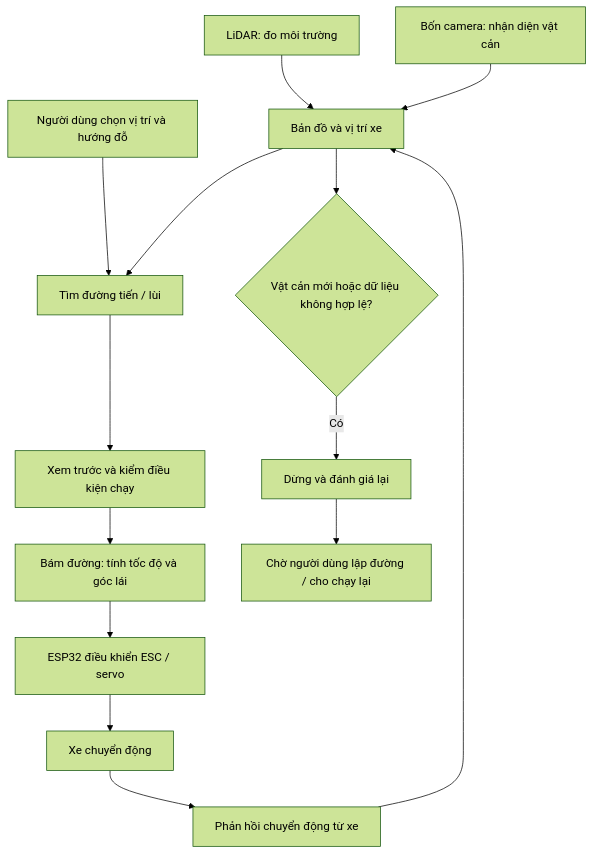
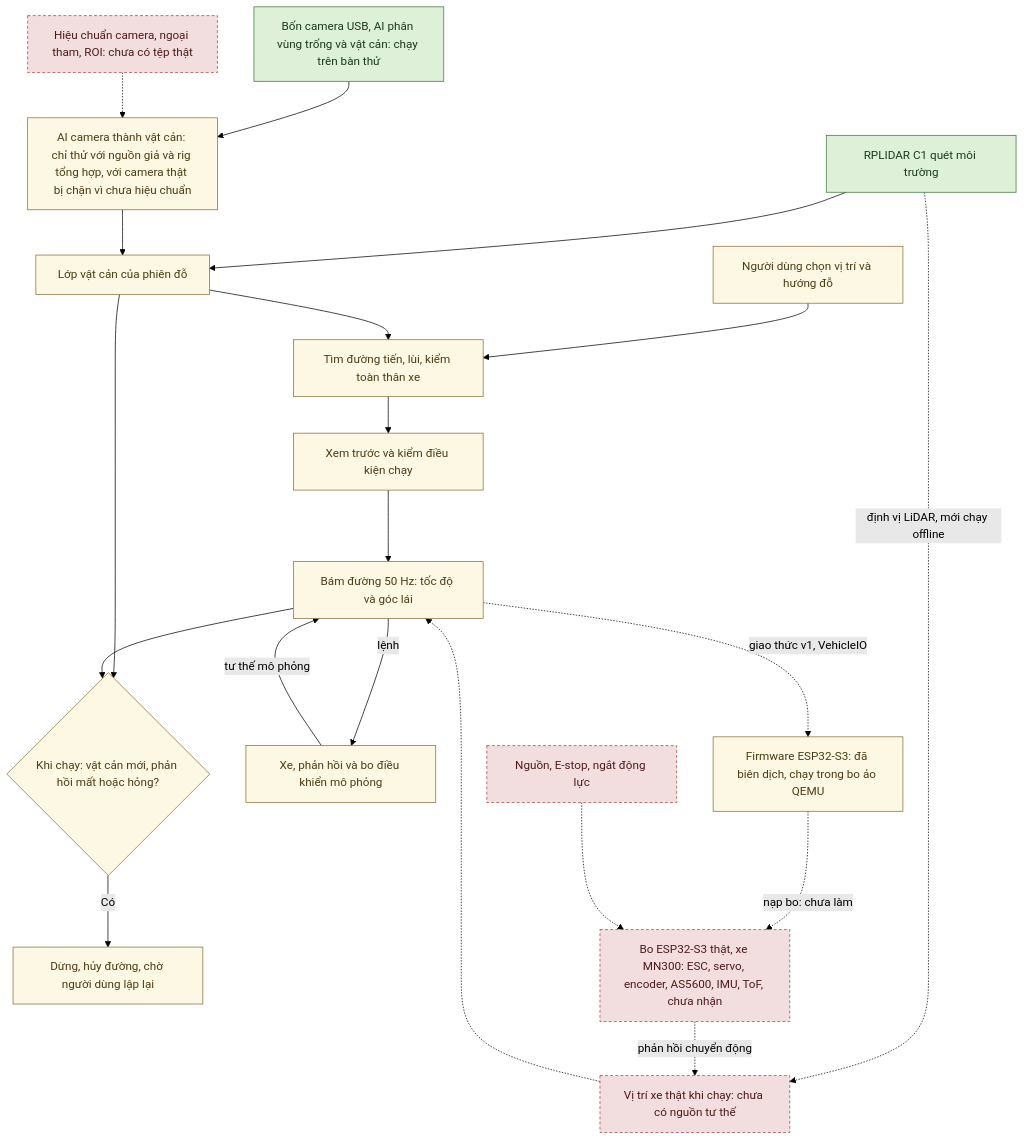
One commit to thbn12082/autopark changed the second of 2 diagrams in README.md. Above: the diagram before and after it, drawn with Mermaid (forest theme). The commit also changed other lines of this file and 55 other files, not shown here.

````diff
--- a/README.md
+++ b/README.md
@@ -30,16 +126,42 @@
 ```mermaid
 flowchart TD
-    L["LiDAR: đo môi trường"] --> M["Bản đồ và vị trí xe"]
-    C["Bốn camera: nhận diện vật cản"] --> M
-    F["Phản hồi chuyển động từ xe"] --> M
-    U["Người dùng chọn vị trí và hướng đỗ"] --> P["Tìm đường tiến / lùi"]
+    U["Người dùng chọn vị trí và hướng đỗ"]
+    L["RPLIDAR C1 quét môi trường"]
+    C["Bốn camera USB, AI phân vùng trống và vật cản: chạy trên bàn thử"]
+    K["Hiệu chuẩn camera, ngoại tham, ROI: chưa có tệp thật"]
+    CA["AI camera thành vật cản: chỉ thử với nguồn giả và rig tổng hợp, với camera thật bị chặn vì chưa hiệu chuẩn"]
+    M["Lớp vật cản của phiên đỗ"]
+    PO["Vị trí xe thật khi chạy: chưa có nguồn tư thế"]
+    P["Tìm đường tiến, lùi, kiểm toàn thân xe"]
+    V["Xem trước và kiểm điều kiện chạy"]
+    T["Bám đường 50 Hz: tốc độ và góc lái"]
+    S{"Khi chạy: vật cản mới, phản hồi mất hoặc hỏng?"}
+    D["Dừng, hủy đường, chờ người dùng lập lại"]
+    SIM["Xe, phản hồi và bo điều khiển mô phỏng"]
+    E["Firmware ESP32-S3: đã biên dịch, chạy trong bo ảo QEMU"]
+    X["Bo ESP32-S3 thật, xe MN300: ESC, servo, encoder, AS5600, IMU, ToF, chưa nhận"]
+    N["Nguồn, E-stop, ngắt động lực"]
+    L --> M
+    C --> CA --> M
+    K -.-> CA
+    L -.->|định vị LiDAR, mới chạy offline| PO
+    U --> P
     M --> P
-    P --> V["Xem trước và kiểm điều kiện chạy"]
-    V --> T["Bám đường: tính tốc độ và góc lái"]
-    T --> E["ESP32 điều khiển ESC / servo"]
-    E --> X["Xe chuyển động"]
-    X --> F
-    M --> S{"Vật cản mới hoặc dữ liệu không hợp lệ?"}
-    S -->|Có| D["Dừng và đánh giá lại"]
-    D --> W["Chờ người dùng lập đường / cho chạy lại"]
+    P --> V --> T
+    T -->|lệnh| SIM
+    SIM -->|tư thế mô phỏng| T
+    T -.->|giao thức v1, VehicleIO| E
+    E -.->|nạp bo: chưa làm| X
+    X -.->|phản hồi chuyển động| PO
+    PO -.-> T
+    N -.-> X
+    M --> S
+    T --> S
+    S -->|Có| D
+    classDef daco fill:#dff0d8,stroke:#3c763d,color:#1b3a1b
+    classDef giaLap fill:#fcf8e3,stroke:#8a6d3b,color:#4d3b12
+    classDef chuaLam fill:#f2dede,stroke:#a94442,color:#4d1a1a,stroke-dasharray: 4 3
+    class L,C daco
+    class U,CA,M,P,V,T,S,D,SIM,E giaLap
+    class K,PO,X,N chuaLam
 ```
````
